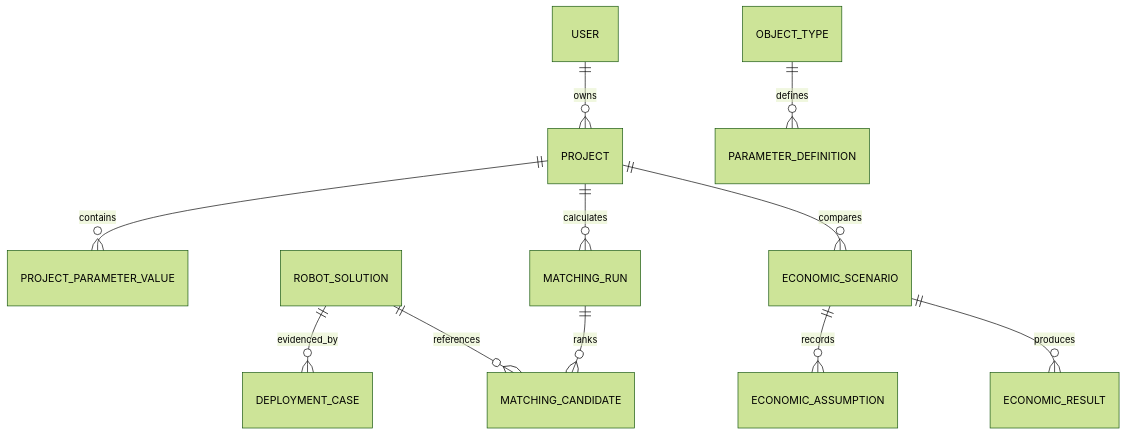
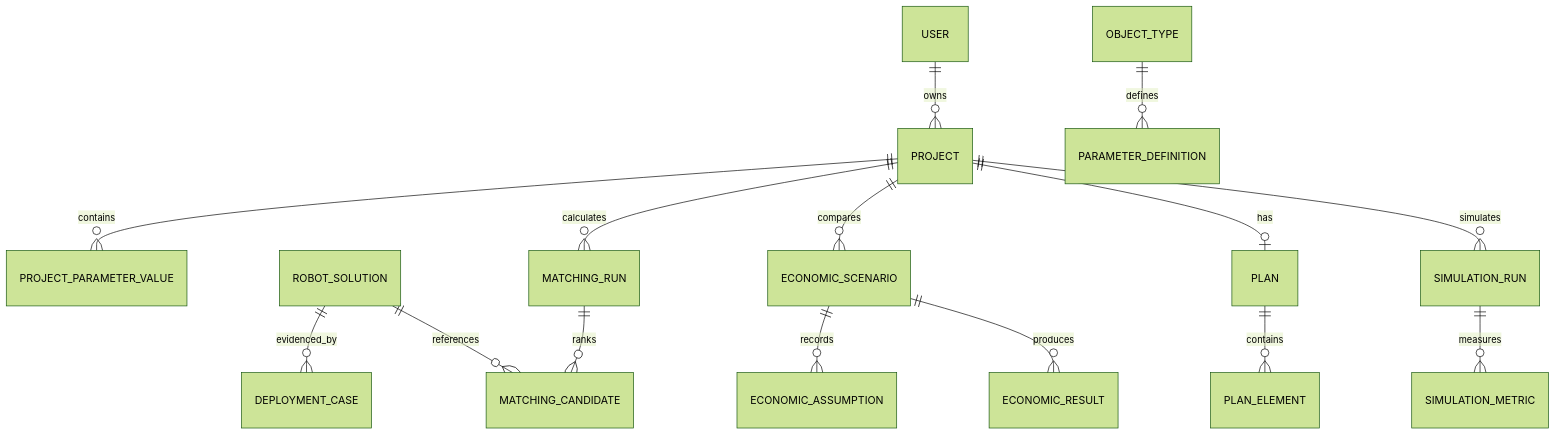
The diagram in docs/data-model.md (maggogerka/robo-i-ty), drawn with Mermaid (forest theme) before and after one commit. The commit also changed other lines of this file and 39 other files, not shown here.

````diff
--- a/docs/data-model.md
+++ b/docs/data-model.md
@@ -3,13 +3,17 @@
 ```mermaid
 erDiagram
   USER ||--o{ PROJECT : owns
   OBJECT_TYPE ||--o{ PARAMETER_DEFINITION : defines
   PROJECT ||--o{ PROJECT_PARAMETER_VALUE : contains
   ROBOT_SOLUTION ||--o{ DEPLOYMENT_CASE : evidenced_by
   PROJECT ||--o{ MATCHING_RUN : calculates
   MATCHING_RUN ||--o{ MATCHING_CANDIDATE : ranks
   ROBOT_SOLUTION ||--o{ MATCHING_CANDIDATE : references
   PROJECT ||--o{ ECONOMIC_SCENARIO : compares
   ECONOMIC_SCENARIO ||--o{ ECONOMIC_ASSUMPTION : records
   ECONOMIC_SCENARIO ||--o{ ECONOMIC_RESULT : produces
+  PROJECT ||--o| PLAN : has
+  PLAN ||--o{ PLAN_ELEMENT : contains
+  PROJECT ||--o{ SIMULATION_RUN : simulates
+  SIMULATION_RUN ||--o{ SIMULATION_METRIC : measures
 ```
````
